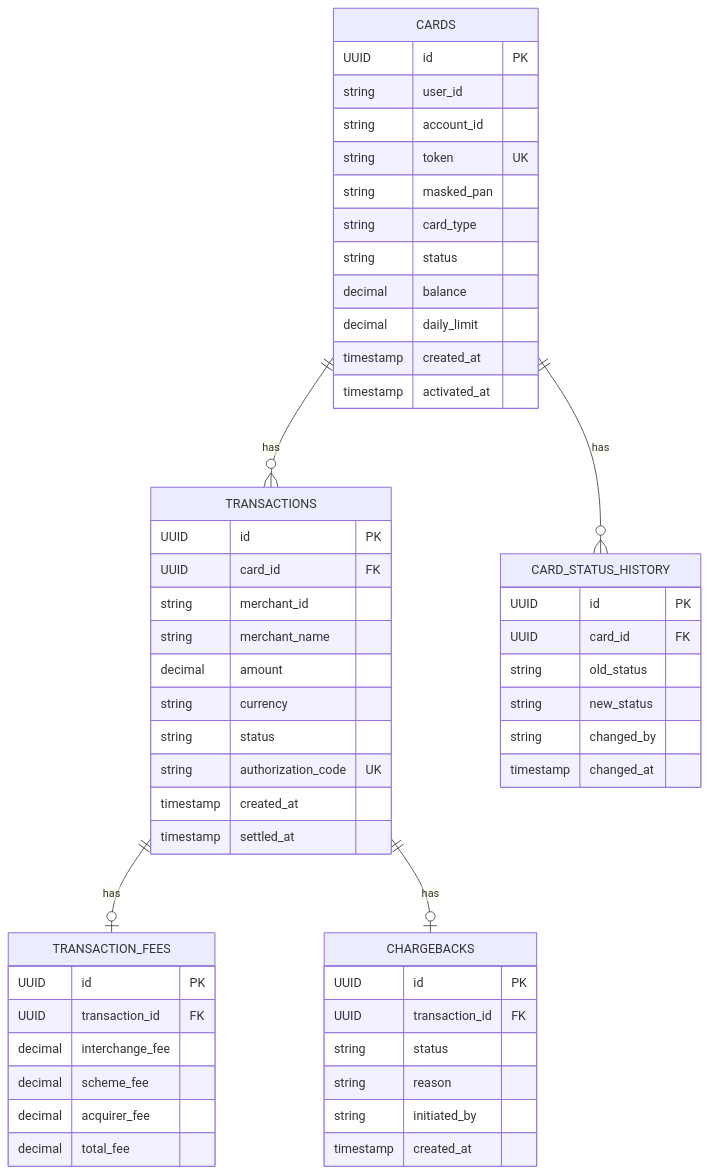
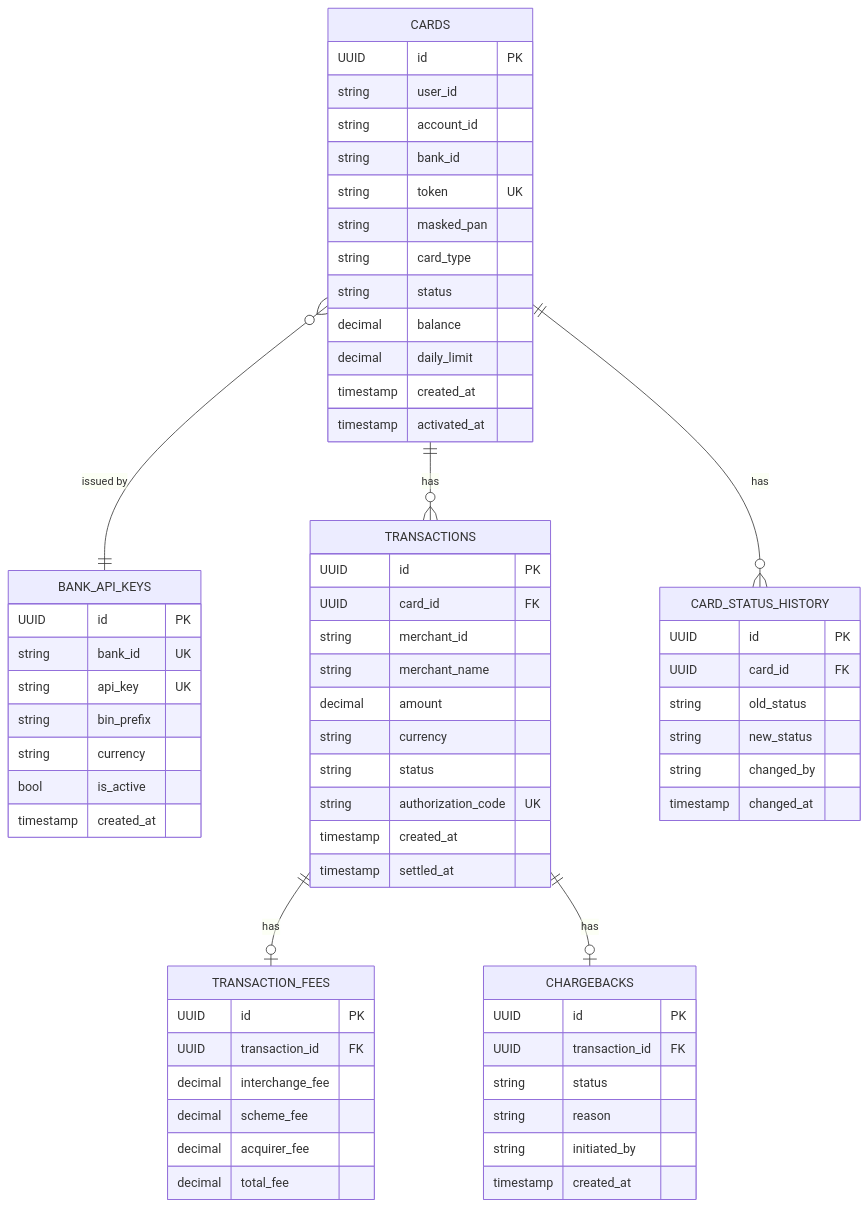
Before and after one commit to FilipSl3/Karty-Platnicze-Aplikacje-Biznesowe: the sixth of 6 diagrams in README.md, drawn with Mermaid. The commit also changed other lines of this file and 10 other files, not shown here.

````diff
--- a/README.md
+++ b/README.md
@@ -198,61 +260,73 @@
 ```mermaid
 erDiagram
     CARDS {
         UUID id PK
         string user_id
         string account_id
+        string bank_id
         string token UK
         string masked_pan
         string card_type
         string status
         decimal balance
         decimal daily_limit
         timestamp created_at
         timestamp activated_at
+    }
+
+    BANK_API_KEYS {
+        UUID id PK
+        string bank_id UK
+        string api_key UK
+        string bin_prefix
+        string currency
+        bool is_active
+        timestamp created_at
     }
 
     TRANSACTIONS {
         UUID id PK
         UUID card_id FK
         string merchant_id
         string merchant_name
         decimal amount
         string currency
         string status
         string authorization_code UK
         timestamp created_at
         timestamp settled_at
     }
 
     TRANSACTION_FEES {
         UUID id PK
         UUID transaction_id FK
         decimal interchange_fee
         decimal scheme_fee
         decimal acquirer_fee
         decimal total_fee
     }
 
     CARD_STATUS_HISTORY {
         UUID id PK
         UUID card_id FK
         string old_status
         string new_status
         string changed_by
         timestamp changed_at
     }
 
     CHARGEBACKS {
         UUID id PK
         UUID transaction_id FK
         string status
         string reason
         string initiated_by
         timestamp created_at
     }
 
     CARDS ||--o{ TRANSACTIONS : "has"
+    CARDS ||--o{ CARD_STATUS_HISTORY : "has"
+    CARDS }o--|| BANK_API_KEYS : "issued by"
     TRANSACTIONS ||--o| TRANSACTION_FEES : "has"
     TRANSACTIONS ||--o| CHARGEBACKS : "has"
-    CARDS ||--o{ CARD_STATUS_HISTORY : "has"
 ```
````
